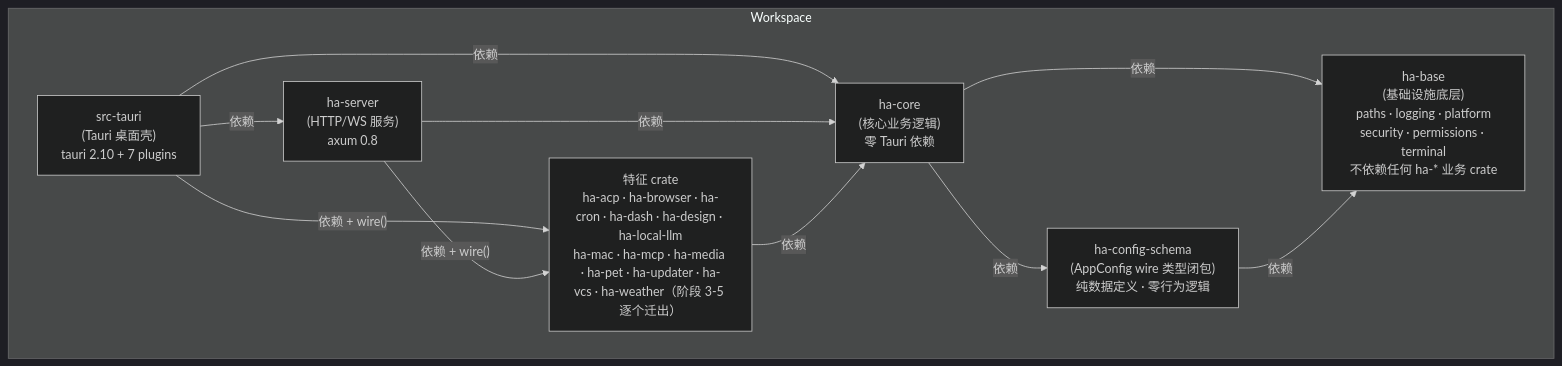
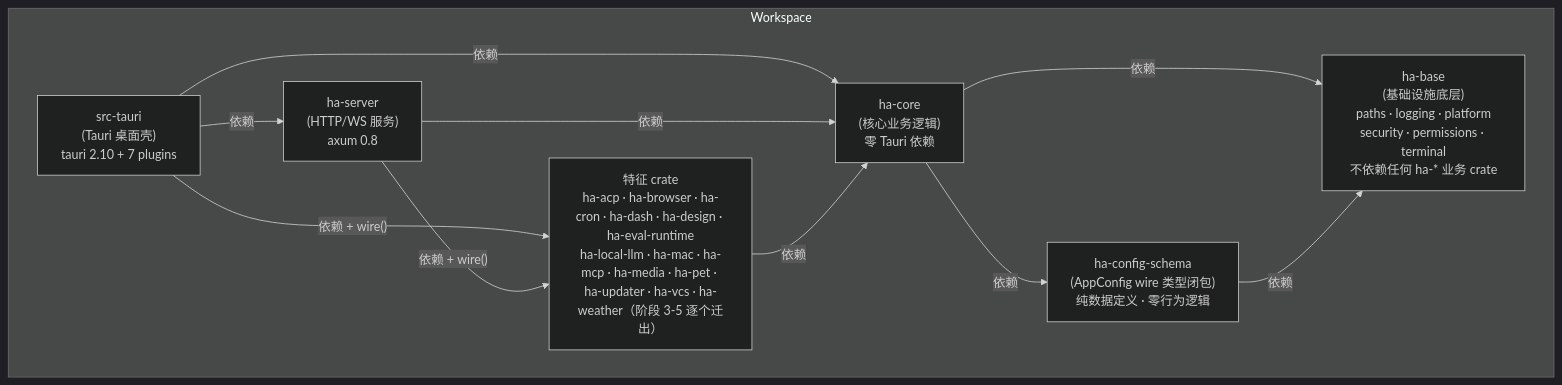
The first of 6 diagrams in docs/architecture/backend-separation.md (shiwenwen/hope-agent), drawn with Mermaid (dark theme) before and after one commit. The commit also changed other lines of this file and 51 other files, not shown here.

````diff
--- a/docs/architecture/backend-separation.md
+++ b/docs/architecture/backend-separation.md
@@ -15,22 +15,22 @@
 ```mermaid
 graph TD
     subgraph Workspace
         HA_TAURI["src-tauri<br/>(Tauri 桌面壳)<br/>tauri 2.10 + 7 plugins"]
         HA_SERVER["ha-server<br/>(HTTP/WS 服务)<br/>axum 0.8"]
-        HA_FEAT["特征 crate<br/>ha-acp · ha-browser · ha-cron · ha-dash · ha-design · ha-local-llm<br/>ha-mac · ha-mcp · ha-media · ha-pet · ha-updater · ha-vcs · ha-weather（阶段 3-5 逐个迁出）"]
+        HA_FEAT["特征 crate<br/>ha-acp · ha-browser · ha-cron · ha-dash · ha-design · ha-eval-runtime<br/>ha-local-llm · ha-mac · ha-mcp · ha-media · ha-pet · ha-updater · ha-vcs · ha-weather（阶段 3-5 逐个迁出）"]
         HA_CORE["ha-core<br/>(核心业务逻辑)<br/>零 Tauri 依赖"]
         HA_SCHEMA["ha-config-schema<br/>(AppConfig wire 类型闭包)<br/>纯数据定义 · 零行为逻辑"]
         HA_BASE["ha-base<br/>(基础设施底层)<br/>paths · logging · platform<br/>security · permissions · terminal<br/>不依赖任何 ha-* 业务 crate"]
     end
 
     HA_TAURI -->|"依赖"| HA_SERVER
     HA_TAURI -->|"依赖 + wire()"| HA_FEAT
     HA_TAURI -->|"依赖"| HA_CORE
     HA_SERVER -->|"依赖 + wire()"| HA_FEAT
     HA_SERVER -->|"依赖"| HA_CORE
     HA_FEAT -->|"依赖"| HA_CORE
     HA_CORE -->|"依赖"| HA_SCHEMA
     HA_CORE -->|"依赖"| HA_BASE
     HA_SCHEMA -->|"依赖"| HA_BASE
 
 ```
````
